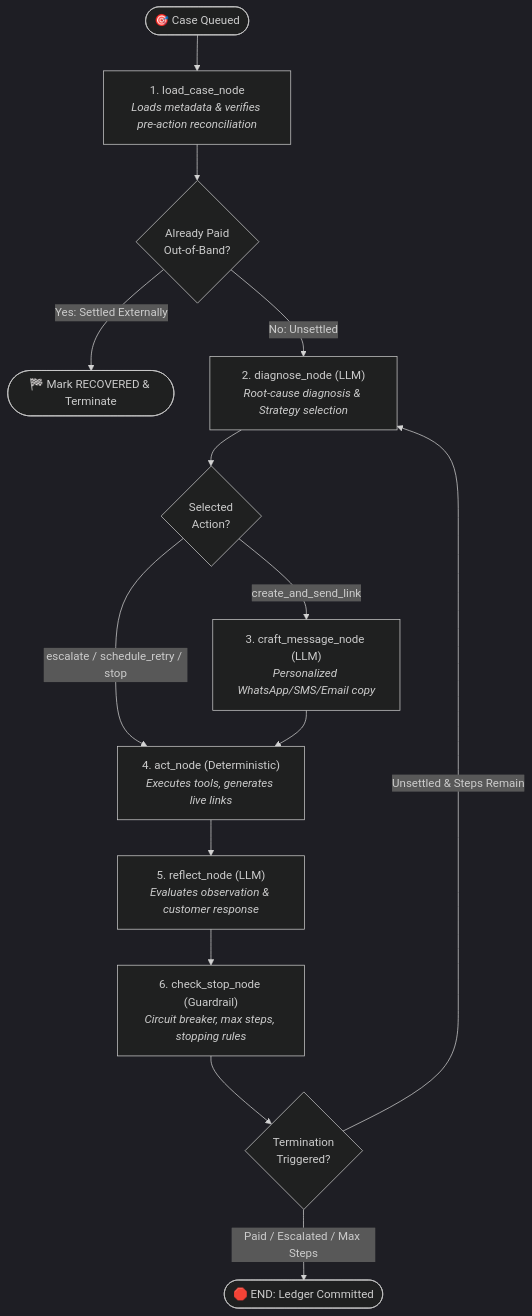
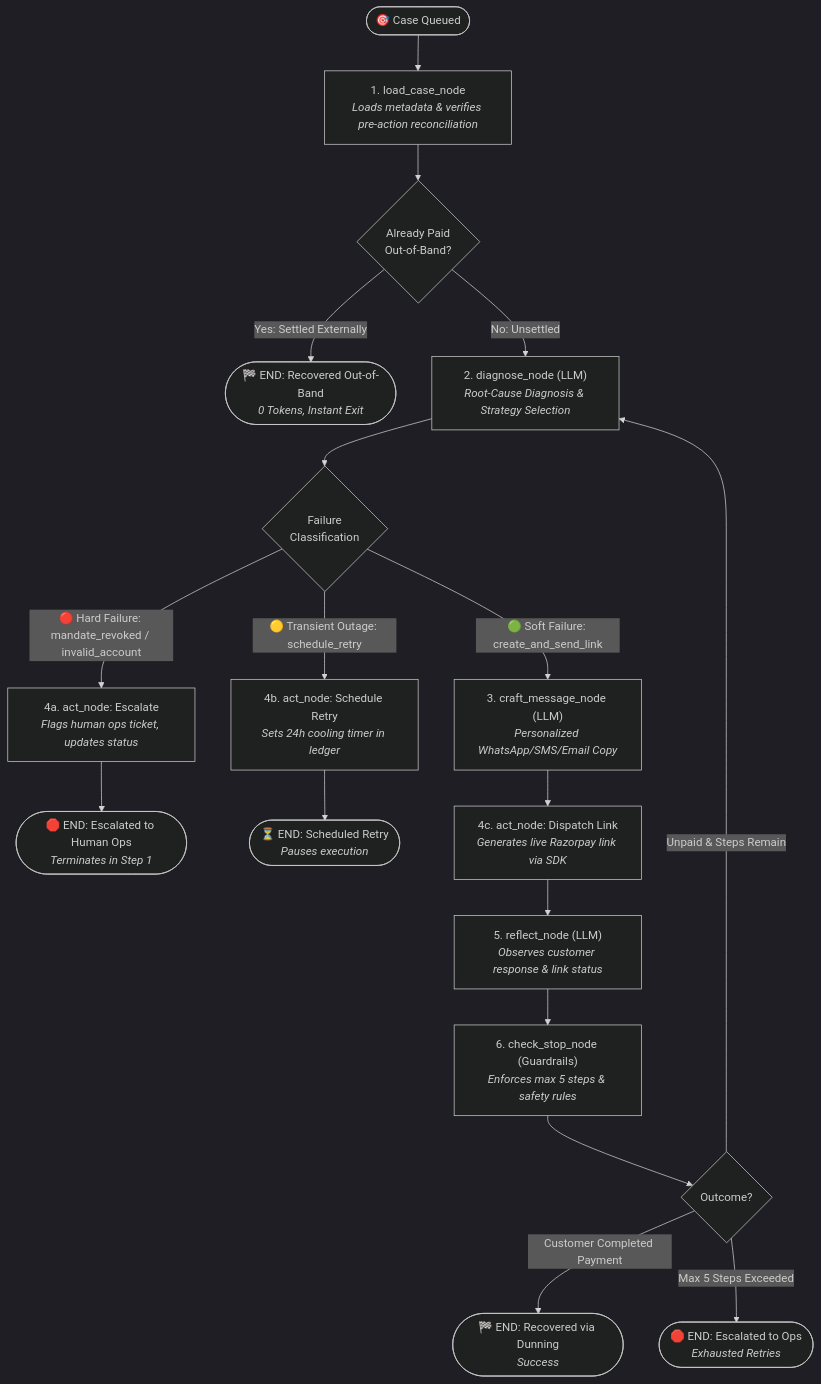
One commit to dhruvkachhela/subrecover-agent changed the second of 3 diagrams in README.md. Above: the diagram before and after it, drawn with Mermaid (dark theme). The commit also changed other lines of this file and 1 other file, not shown here.

Commit message:
docs: clarify multi-branch cognitive routing and termination paths in architecture diagram

````diff
--- a/README.md
+++ b/README.md
@@ -104,23 +104,33 @@
 ```mermaid
 flowchart TD
     START([🎯 Case Queued]) --> N1["1. load_case_node<br/><i>Loads metadata & verifies pre-action reconciliation</i>"]
     
     N1 --> C1{Already Paid<br/>Out-of-Band?}
-    C1 -->|Yes: Settled Externally| END_REC([🏁 Mark RECOVERED & Terminate])
-    C1 -->|No: Unsettled| N2["2. diagnose_node (LLM)<br/><i>Root-cause diagnosis & Strategy selection</i>"]
+    C1 -->|Yes: Settled Externally| END_RECON([🏁 END: Recovered Out-of-Band<br/><i>0 Tokens, Instant Exit</i>])
+    
+    C1 -->|No: Unsettled| N2["2. diagnose_node (LLM)<br/><i>Root-Cause Diagnosis & Strategy Selection</i>"]
 
-    N2 --> C2{Selected<br/>Action?}
+    N2 --> C2{Failure<br/>Classification}
     
-    C2 -->|create_and_send_link| N3["3. craft_message_node (LLM)<br/><i>Personalized WhatsApp/SMS/Email copy</i>"]
-    C2 -->|escalate / schedule_retry / stop| N4["4. act_node (Deterministic)<br/><i>Executes tools, generates live links</i>"]
+    %% Branch 1: Hard Failure / Fatal Error
+    C2 -->|🔴 Hard Failure: mandate_revoked / invalid_account| ACT_ESC["4a. act_node: Escalate<br/><i>Flags human ops ticket, updates status</i>"]
+    ACT_ESC --> END_ESC([🛑 END: Escalated to Human Ops<br/><i>Terminates in Step 1</i>])
     
-    N3 --> N4
+    %% Branch 2: Transient Gateway Downtime
+    C2 -->|🟡 Transient Outage: schedule_retry| ACT_RETRY["4b. act_node: Schedule Retry<br/><i>Sets 24h cooling timer in ledger</i>"]
+    ACT_RETRY --> END_RETRY([⏳ END: Scheduled Retry<br/><i>Pauses execution</i>])
+
+    %% Branch 3: Soft Recoverable Failure (Interactive Dunning Loop)
+    C2 -->|🟢 Soft Failure: create_and_send_link| N3["3. craft_message_node (LLM)<br/><i>Personalized WhatsApp/SMS/Email Copy</i>"]
     
-    N4 --> N5["5. reflect_node (LLM)<br/><i>Evaluates observation & customer response</i>"]
+    N3 --> ACT_LINK["4c. act_node: Dispatch Link<br/><i>Generates live Razorpay link via SDK</i>"]
     
-    N5 --> N6["6. check_stop_node (Guardrail)<br/><i>Circuit breaker, max steps, stopping rules</i>"]
+    ACT_LINK --> N5["5. reflect_node (LLM)<br/><i>Observes customer response & link status</i>"]
     
-    N6 --> C3{Termination<br/>Triggered?}
-    C3 -->|Paid / Escalated / Max Steps| END_TERM([🛑 END: Ledger Committed])
-    C3 -->|Unsettled & Steps Remain| N2
+    N5 --> N6["6. check_stop_node (Guardrails)<br/><i>Enforces max 5 steps & safety rules</i>"]
+    
+    N6 --> C3{Outcome?}
+    C3 -->|Customer Completed Payment| END_PAID([🏁 END: Recovered via Dunning<br/><i>Success</i>])
+    C3 -->|Max 5 Steps Exceeded| END_MAX([🛑 END: Escalated to Ops<br/><i>Exhausted Retries</i>])
+    C3 -->|Unpaid & Steps Remain| N2
 ```
````
